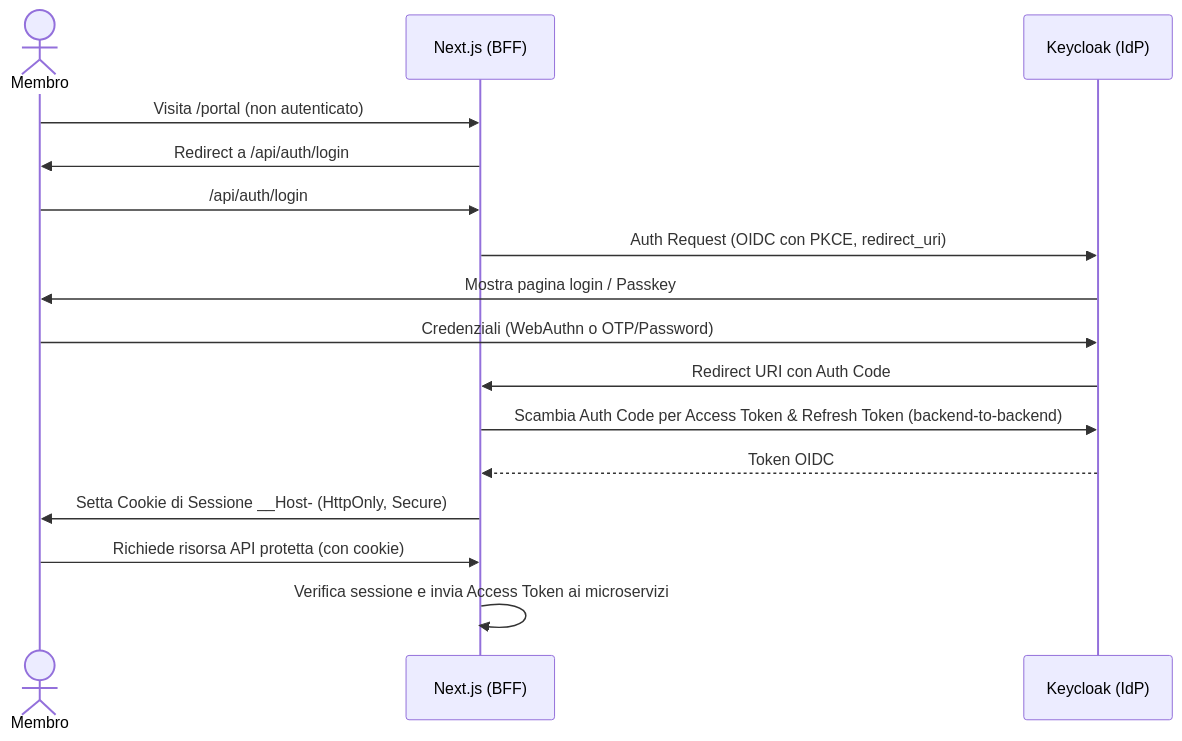
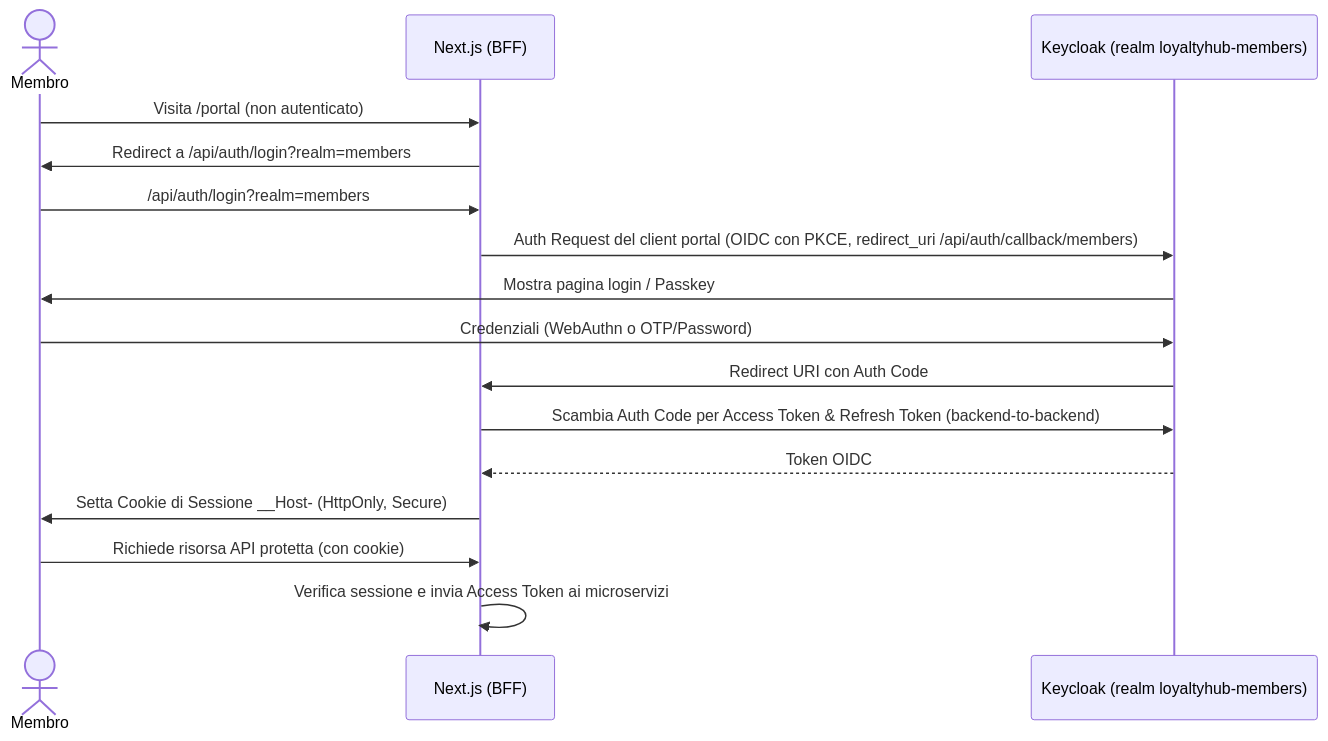
Before and after one commit to peppe-ruv/Loyalty_Sys: the second of 3 diagrams in deploy/idp/README.md, drawn with Mermaid. The commit also changed other lines of this file and 55 other files, not shown here.

First line of the commit message:
feat(idp): realm loyaltyhub-members e BFF con due login [F2-IAM-01, F2-IAM-03, ADR-051, Q-673, Q-676, docs/18 M8.14 R2] (#203)

````diff
--- a/deploy/idp/README.md
+++ b/deploy/idp/README.md
@@ -262,21 +283,21 @@
 ```mermaid
 sequenceDiagram
     accTitle: Autenticazione BFF
-    accDescr: Flusso di login per i membri tramite Backend-for-Frontend
+    accDescr: Flusso di login per i membri tramite Backend-for-Frontend nel realm dei membri, con il client portal
     actor Membro
     participant NextJS as Next.js (BFF)
-    participant Keycloak as Keycloak (IdP)
+    participant Keycloak as Keycloak (realm loyaltyhub-members)
 
     Membro->>NextJS: Visita /portal (non autenticato)
-    NextJS->>Membro: Redirect a /api/auth/login
-    Membro->>NextJS: /api/auth/login
-    NextJS->>Keycloak: Auth Request (OIDC con PKCE, redirect_uri)
+    NextJS->>Membro: Redirect a /api/auth/login?realm=members
+    Membro->>NextJS: /api/auth/login?realm=members
+    NextJS->>Keycloak: Auth Request del client portal (OIDC con PKCE, redirect_uri /api/auth/callback/members)
     Keycloak->>Membro: Mostra pagina login / Passkey
     Membro->>Keycloak: Credenziali (WebAuthn o OTP/Password)
     Keycloak->>NextJS: Redirect URI con Auth Code
     NextJS->>Keycloak: Scambia Auth Code per Access Token & Refresh Token (backend-to-backend)
     Keycloak-->>NextJS: Token OIDC
     NextJS->>Membro: Setta Cookie di Sessione __Host- (HttpOnly, Secure)
     Membro->>NextJS: Richiede risorsa API protetta (con cookie)
     NextJS->>NextJS: Verifica sessione e invia Access Token ai microservizi
 ```
````
